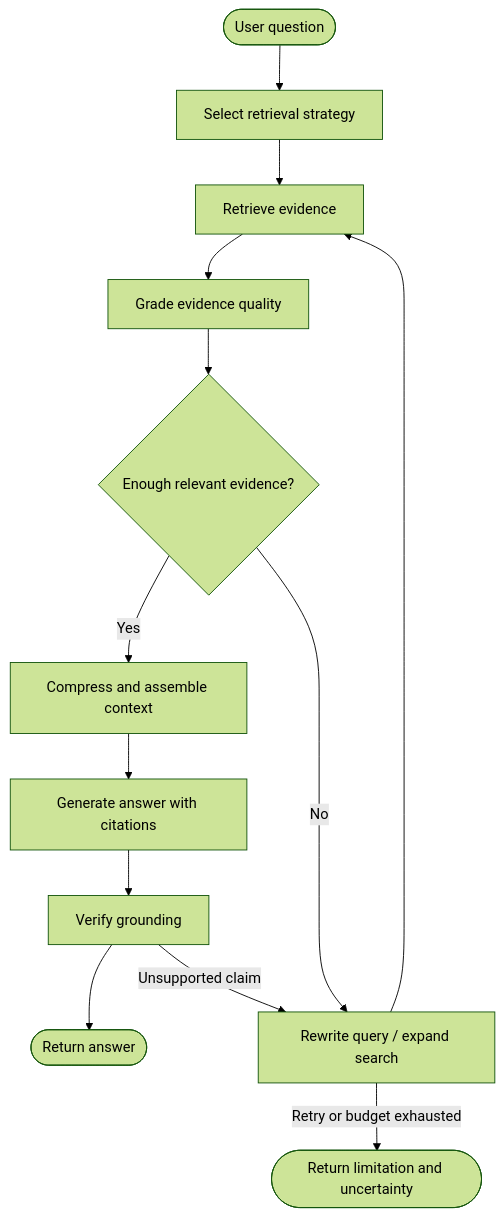
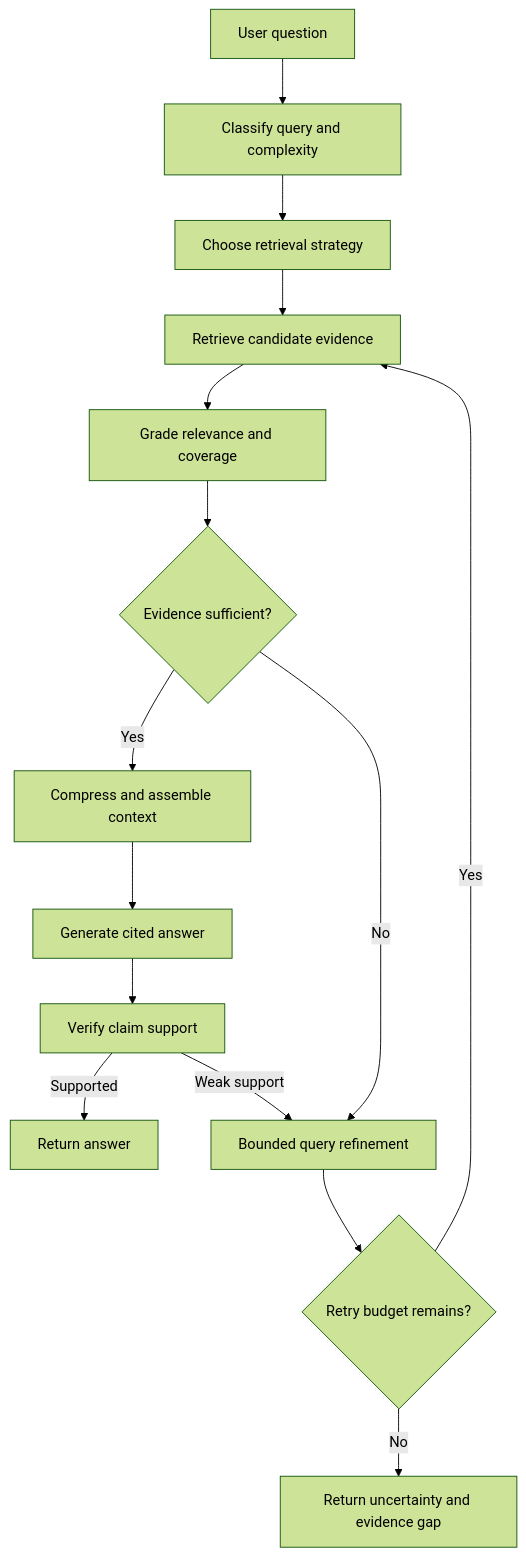
One commit to codergirl73/agentic-ai-system-design changed the first of 5 diagrams in MODULE_6_ADVANCED_RAG.md. Above: the diagram before and after it, drawn with Mermaid (forest theme). The commit also changed other lines of this file, not shown here.

````diff
--- a/MODULE_6_ADVANCED_RAG.md
+++ b/MODULE_6_ADVANCED_RAG.md
@@ -9,15 +25,17 @@
-```mermaid
+~~~mermaid
 flowchart TD
-    Q([User question]) --> S[Select retrieval strategy]
-    S --> R[Retrieve evidence]
-    R --> G[Grade evidence quality]
-    G --> D{Enough relevant evidence?}
-    D -->|Yes| C[Compress and assemble context]
-    C --> A[Generate answer with citations]
-    A --> V[Verify grounding]
-    V --> O([Return answer])
-    D -->|No| P[Rewrite query / expand search]
-    P --> R
-    V -->|Unsupported claim| P
-    P -->|Retry or budget exhausted| U([Return limitation and uncertainty])
-```
+    Q["User question"] --> I["Classify query and complexity"]
+    I --> S["Choose retrieval strategy"]
+    S --> R["Retrieve candidate evidence"]
+    R --> G["Grade relevance and coverage"]
+    G --> D{"Evidence sufficient?"}
+    D -->|Yes| C["Compress and assemble context"]
+    C --> A["Generate cited answer"]
+    A --> V["Verify claim support"]
+    V -->|Supported| O["Return answer"]
+    V -->|Weak support| W["Bounded query refinement"]
+    D -->|No| W
+    W --> B{"Retry budget remains?"}
+    B -->|Yes| R
+    B -->|No| U["Return uncertainty and evidence gap"]
+~~~
````
